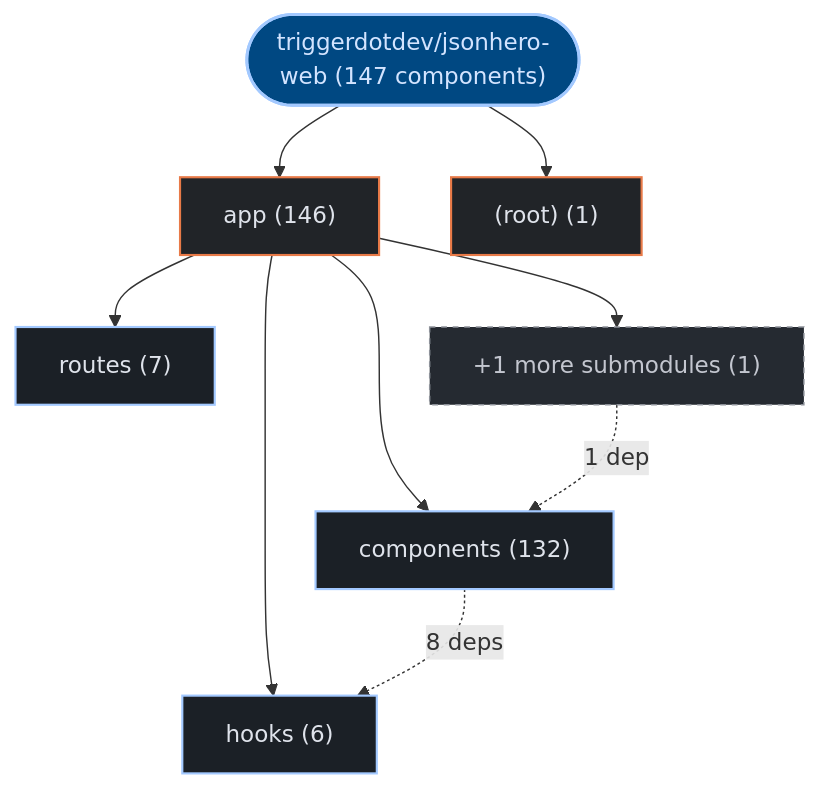
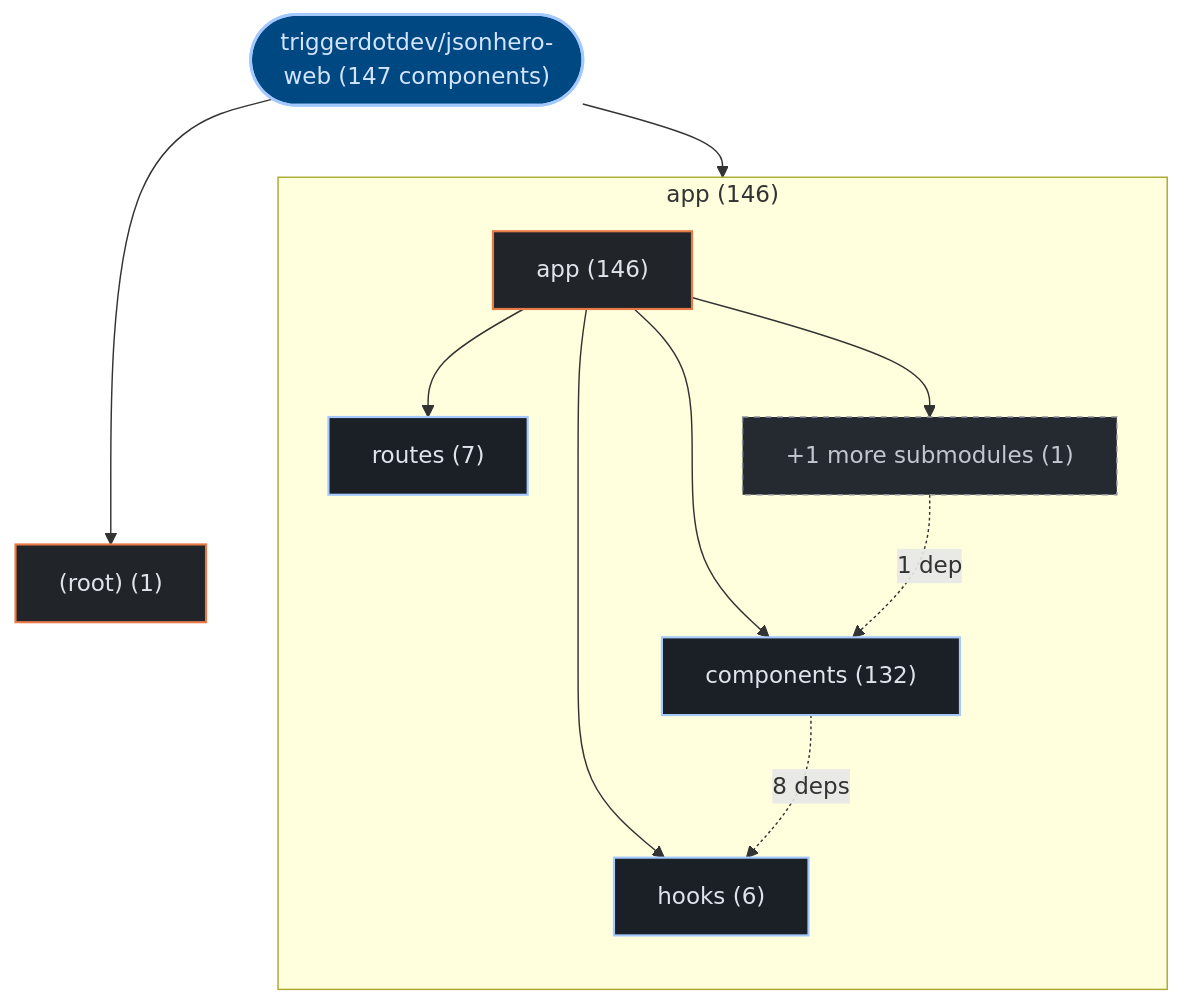
Before and after one commit to kumarshaz/atruss-code-atlas: the first of 3 diagrams in exports/latest/reports/triggerdotdev-jsonhero-web-report.md, drawn with Mermaid. The commit also changed 178 other files, not shown here.

Commit message:
feat(ui,mermaid): upgrade to mermaid v12 + ELK layout, add orgs-summary + pagination, subgraph building blocks, fix tab alignment

````diff
--- a/exports/latest/reports/triggerdotdev-jsonhero-web-report.md
+++ b/exports/latest/reports/triggerdotdev-jsonhero-web-report.md
@@ -42,25 +42,28 @@
 ```mermaid
 graph TD;
   classDef atlasRoot fill:#004882,stroke:#a3c9ff,stroke-width:2px,color:#d3e4ff
   classDef atlasCategory fill:#212428,stroke:#E87A48,stroke-width:1.5px,color:#dfe3eb
   classDef atlasWorkflow fill:#1b2026,stroke:#a3c9ff,stroke-width:1.5px,color:#dfe3eb
   classDef atlasJob fill:#171c22,stroke:#8d9199,stroke-width:1px,color:#dfe3eb
   classDef atlasTarget fill:#005227,stroke:#8bd99b,stroke-width:1.5px,color:#a7f6b6
   classDef atlasAlert fill:#93000a,stroke:#ffb4ab,stroke-width:1.5px,color:#ffdad6
   classDef atlasMore fill:#252a31,stroke:#8d9199,stroke-dasharray:4 4,color:#c3c6cf
     repo_root(["triggerdotdev/jsonhero-web (147 components)"]):::atlasRoot
-    dir_0_app["app (146)"]:::atlasCategory
+    subgraph sg_dir_0_app["app (146)"]
+      direction TB
+      dir_0_app["app (146)"]:::atlasCategory
+      sub_0_0_components["components (132)"]:::atlasWorkflow
+      dir_0_app --> sub_0_0_components
+      sub_0_1_routes["routes (7)"]:::atlasWorkflow
+      dir_0_app --> sub_0_1_routes
+      sub_0_2_hooks["hooks (6)"]:::atlasWorkflow
+      dir_0_app --> sub_0_2_hooks
+      sub_0_more["+1 more submodules (1)"]:::atlasMore
+      dir_0_app --> sub_0_more
+    end
     repo_root --> dir_0_app
-    sub_0_0_components["components (132)"]:::atlasWorkflow
-    dir_0_app --> sub_0_0_components
-    sub_0_1_routes["routes (7)"]:::atlasWorkflow
-    dir_0_app --> sub_0_1_routes
-    sub_0_2_hooks["hooks (6)"]:::atlasWorkflow
-    dir_0_app --> sub_0_2_hooks
-    sub_0_more["+1 more submodules (1)"]:::atlasMore
-    dir_0_app --> sub_0_more
     dir_1__root_["(root) (1)"]:::atlasCategory
     repo_root --> dir_1__root_
     sub_0_0_components -.->|"8 deps"| sub_0_2_hooks
     sub_0_more -.->|"1 dep"| sub_0_0_components
 ```
````
